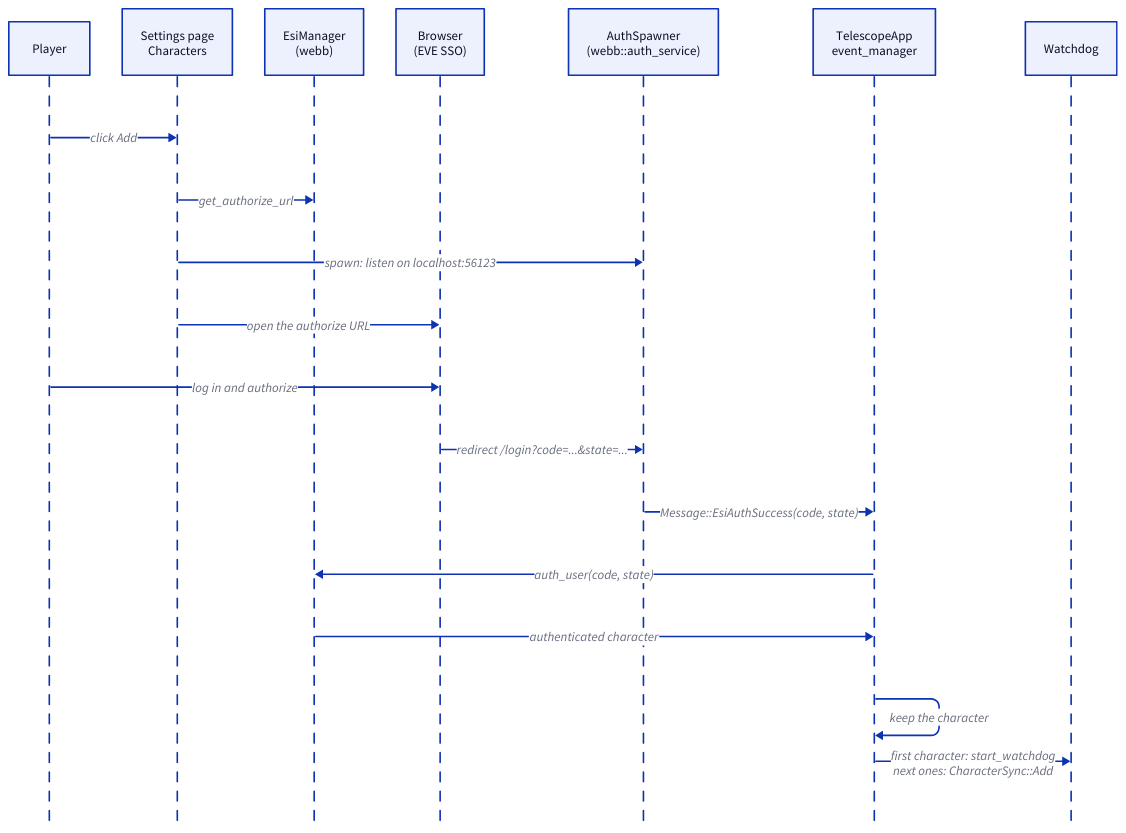
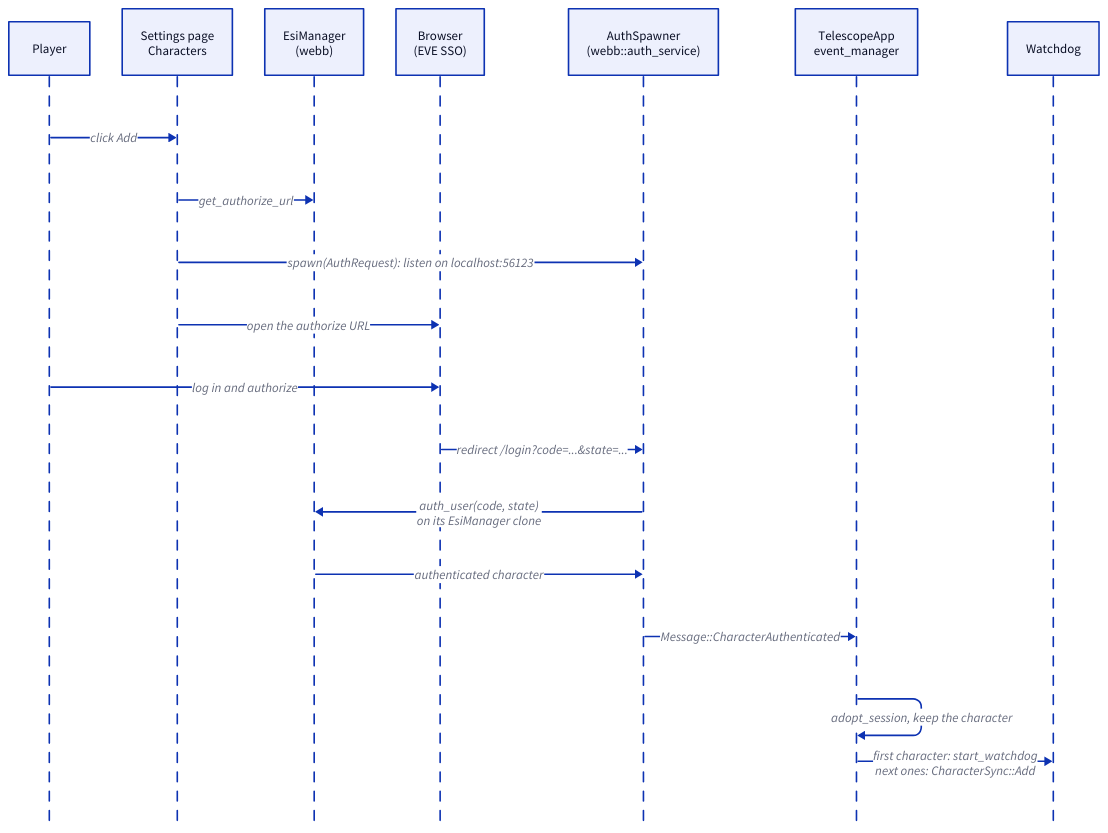
The diagram in docs/architecture/flow-character.d2 (rafaga/telescope), drawn with D2 before and after one commit. The commit also changed 20 other files, not shown here.

```diff
--- a/docs/architecture/flow-character.d2
+++ b/docs/architecture/flow-character.d2
@@ -1,21 +1,21 @@
 shape: sequence_diagram
 
 user: "Player"
 settings: "Settings page\nCharacters"
 esi: "EsiManager\n(webb)"
 browser: "Browser\n(EVE SSO)"
 auth: "AuthSpawner\n(webb::auth_service)"
 app: "TelescopeApp\nevent_manager"
 watchdog: "Watchdog"
 
 user -> settings: "click Add"
 settings -> esi: "get_authorize_url"
-settings -> auth: "spawn: listen on localhost:56123"
+settings -> auth: "spawn(AuthRequest): listen on localhost:56123"
 settings -> browser: "open the authorize URL"
 user -> browser: "log in and authorize"
 browser -> auth: "redirect /login?code=...&state=..."
-auth -> app: "Message::EsiAuthSuccess(code, state)"
-app -> esi: "auth_user(code, state)"
-esi -> app: "authenticated character"
-app -> app: "keep the character"
+auth -> esi: "auth_user(code, state)\non its EsiManager clone"
+esi -> auth: "authenticated character"
+auth -> app: "Message::CharacterAuthenticated"
+app -> app: "adopt_session, keep the character"
 app -> watchdog: "first character: start_watchdog\nnext ones: CharacterSync::Add"
```
